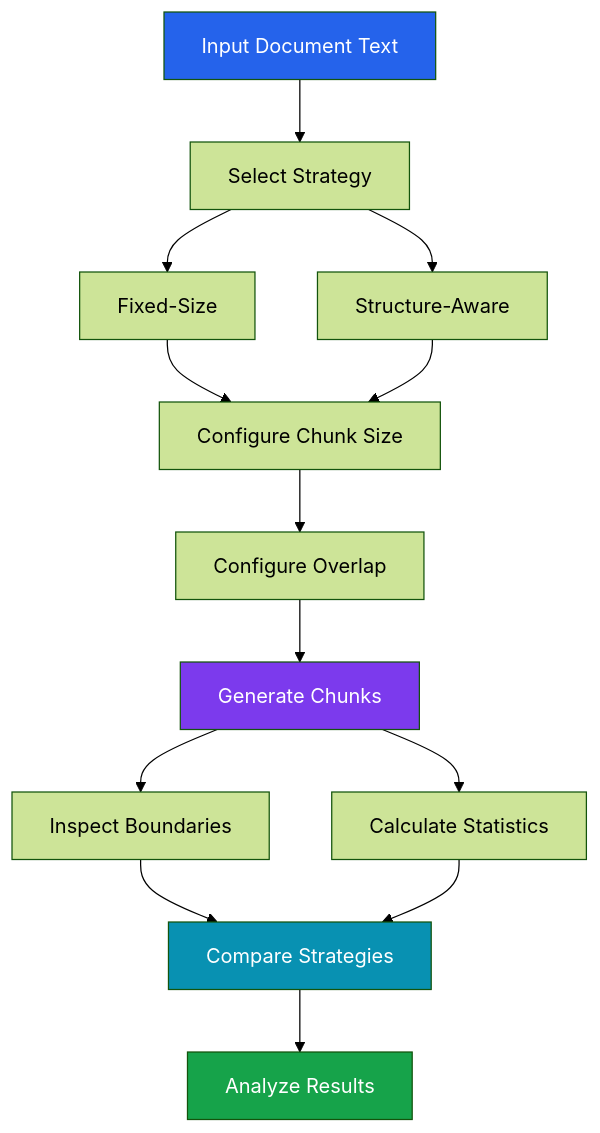
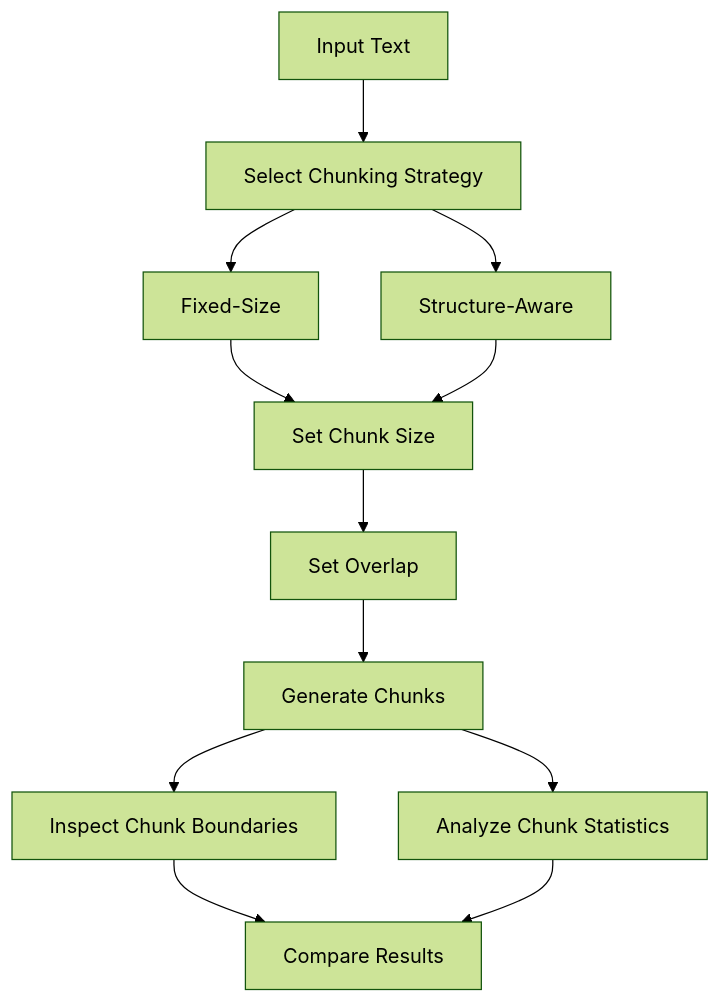
One commit to behra527/MediRAG-AI-Intelligent-Document-Assistant changed the fourth of 4 diagrams in README.md. Above: the diagram before and after it, drawn with Mermaid (forest theme). The commit also changed other lines of this file, not shown here.

````diff
--- a/README.md
+++ b/README.md
@@ -323,26 +221,19 @@
 ```mermaid
 flowchart TD
-    A["Input Document Text"] --> B["Select Strategy"]
+    A["Input Text"] --> B["Select Chunking Strategy"]
 
     B --> C["Fixed-Size"]
     B --> D["Structure-Aware"]
 
-    C --> E["Configure Chunk Size"]
+    C --> E["Set Chunk Size"]
     D --> E
 
-    E --> F["Configure Overlap"]
+    E --> F["Set Overlap"]
     F --> G["Generate Chunks"]
 
-    G --> H["Inspect Boundaries"]
-    G --> I["Calculate Statistics"]
+    G --> H["Inspect Chunk Boundaries"]
+    G --> I["Analyze Chunk Statistics"]
 
-    H --> J["Compare Strategies"]
+    H --> J["Compare Results"]
     I --> J
-
-    J --> K["Analyze Results"]
-
-    style A fill:#2563eb,color:#fff
-    style G fill:#7c3aed,color:#fff
-    style J fill:#0891b2,color:#fff
-    style K fill:#16a34a,color:#fff
 ```
````
